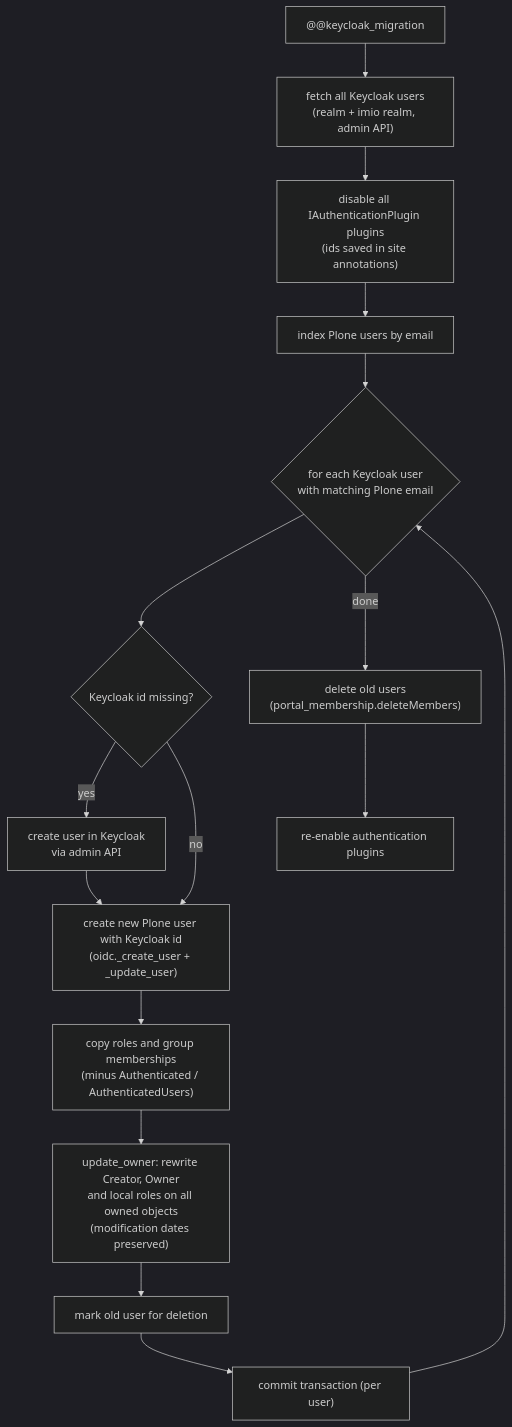
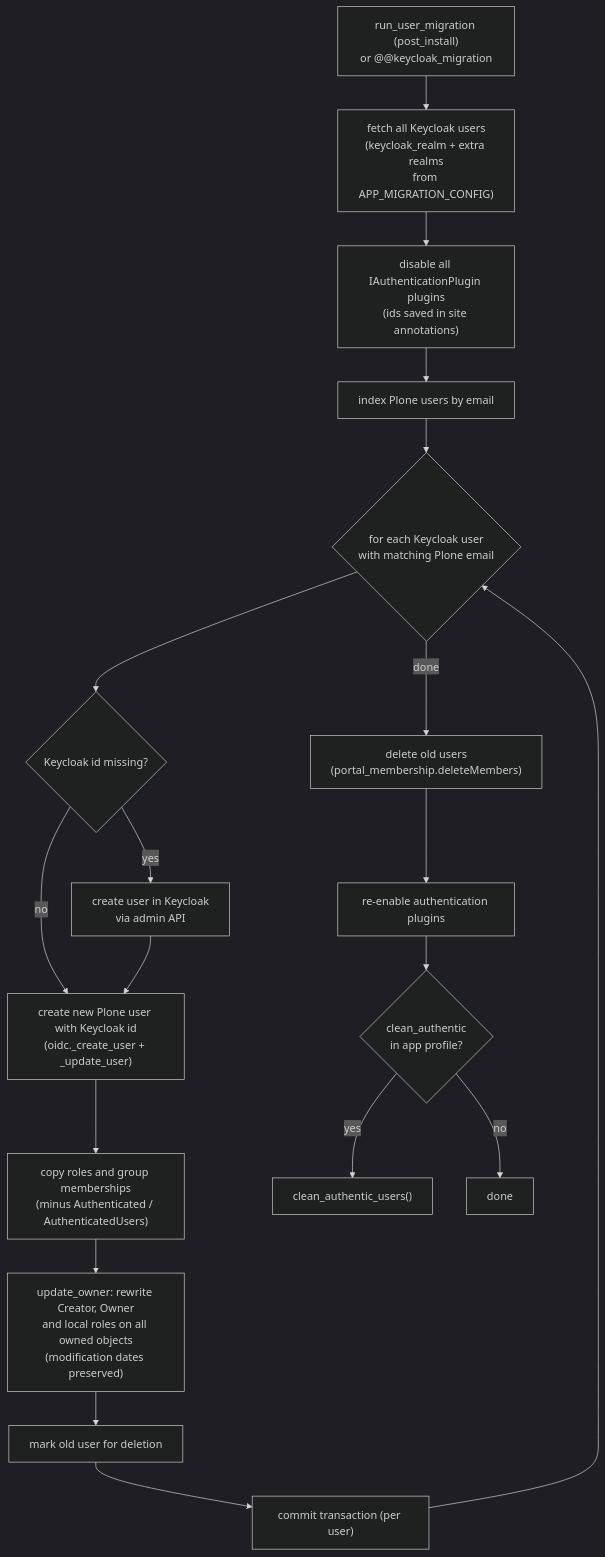
The eighth of 8 diagrams in docs/kimug.md (IMIO/pas.plugins.kimug), drawn with Mermaid (dark theme) before and after one commit. The commit also changed other lines of this file and 10 other files, not shown here.

````diff
--- a/docs/kimug.md
+++ b/docs/kimug.md
@@ -348,18 +358,21 @@
 ```mermaid
 flowchart TD
-    A["@@keycloak_migration"] --> B["fetch all Keycloak users<br/>(realm + imio realm, admin API)"]
+    A["run_user_migration (post_install)<br/>or @@keycloak_migration"] --> B["fetch all Keycloak users<br/>(keycloak_realm + extra realms<br/>from APP_MIGRATION_CONFIG)"]
     B --> C["disable all IAuthenticationPlugin plugins<br/>(ids saved in site annotations)"]
     C --> D["index Plone users by email"]
     D --> E{"for each Keycloak user<br/>with matching Plone email"}
     E --> F{"Keycloak id missing?"}
     F -- yes --> G["create user in Keycloak<br/>via admin API"]
     F -- no --> H
     G --> H["create new Plone user with Keycloak id<br/>(oidc._create_user + _update_user)"]
     H --> I["copy roles and group memberships<br/>(minus Authenticated / AuthenticatedUsers)"]
     I --> J["update_owner: rewrite Creator, Owner<br/>and local roles on all owned objects<br/>(modification dates preserved)"]
     J --> K["mark old user for deletion"]
     K --> L["commit transaction (per user)"]
     L --> E
     E -- done --> M["delete old users<br/>(portal_membership.deleteMembers)"]
     M --> N["re-enable authentication plugins"]
+    N --> O{"clean_authentic<br/>in app profile?"}
+    O -- yes --> P["clean_authentic_users()"]
+    O -- no --> Q["done"]
 ```
````
